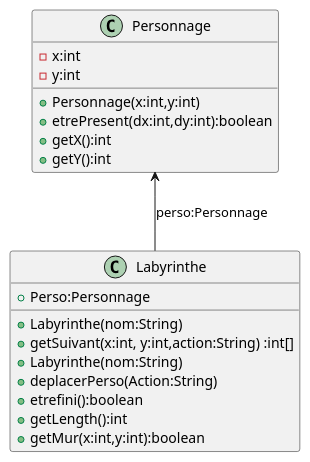
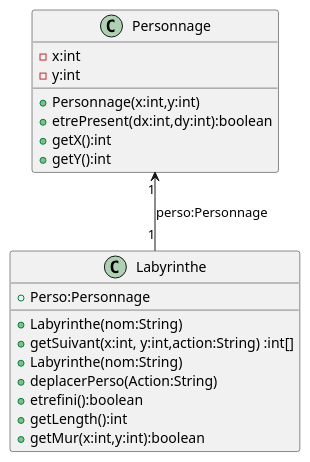
Before and after one commit to Hugo-COLLIN/BUT_INFO_S2_2022_Zeldiablo: the diagram in racine_depot/documents/version_1/umlV1.puml, drawn with PlantUML. The commit also changed 1 other file, not shown here.

Commit message:
rectification diagramme

```diff
--- a/racine_depot/documents/version_1/umlV1.puml
+++ b/racine_depot/documents/version_1/umlV1.puml
@@ -1,26 +1,26 @@
 @startuml
 
 class Labyrinthe{
 +Perso:Personnage
 
 +Labyrinthe(nom:String)
 +getSuivant(x:int, y:int,action:String) :int[]
 +Labyrinthe(nom:String)
 +deplacerPerso(Action:String)
 +etrefini():boolean
 +getLength():int
 +getMur(x:int,y:int):boolean
 }
 
 class Personnage{
 -x:int
 -y:int
 +Personnage(x:int,y:int)
 +etrePresent(dx:int,dy:int):boolean
 +getX():int
 +getY():int
 
 }
-Labyrinthe-up->Personnage:perso:Personnage
+Labyrinthe "1"-up->"1" Personnage:perso:Personnage
 
 @enduml
```
